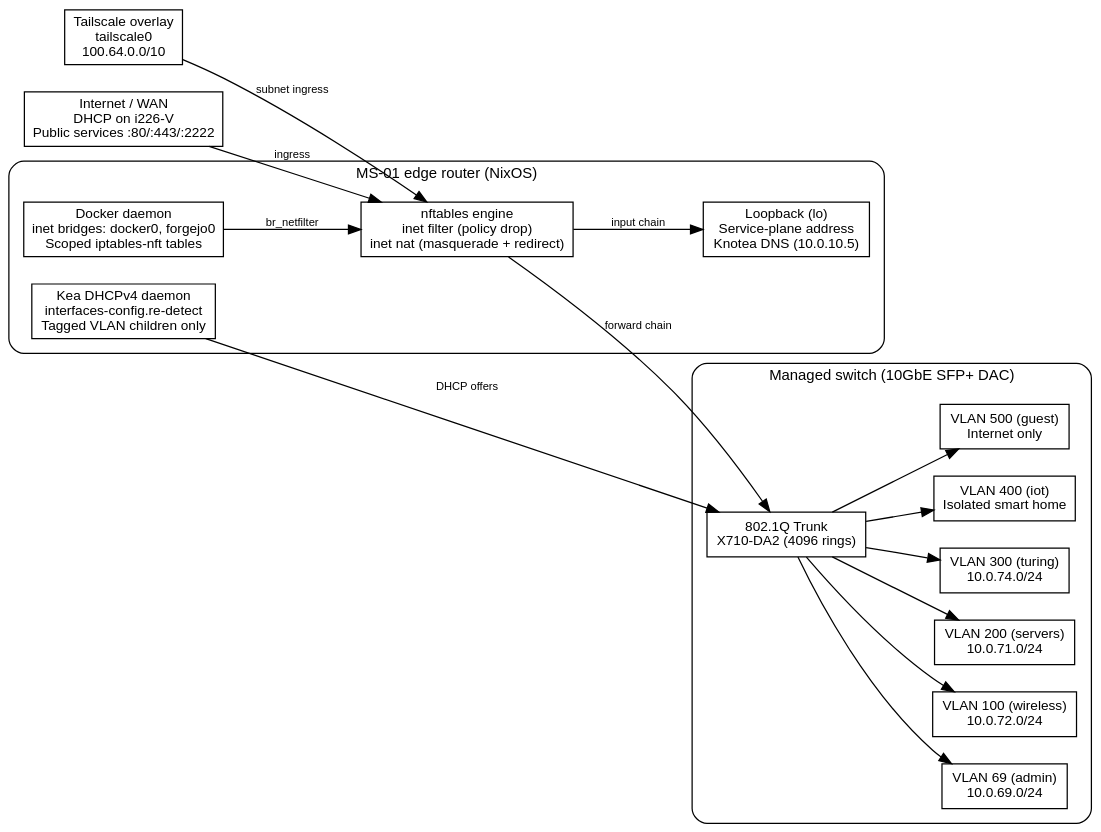
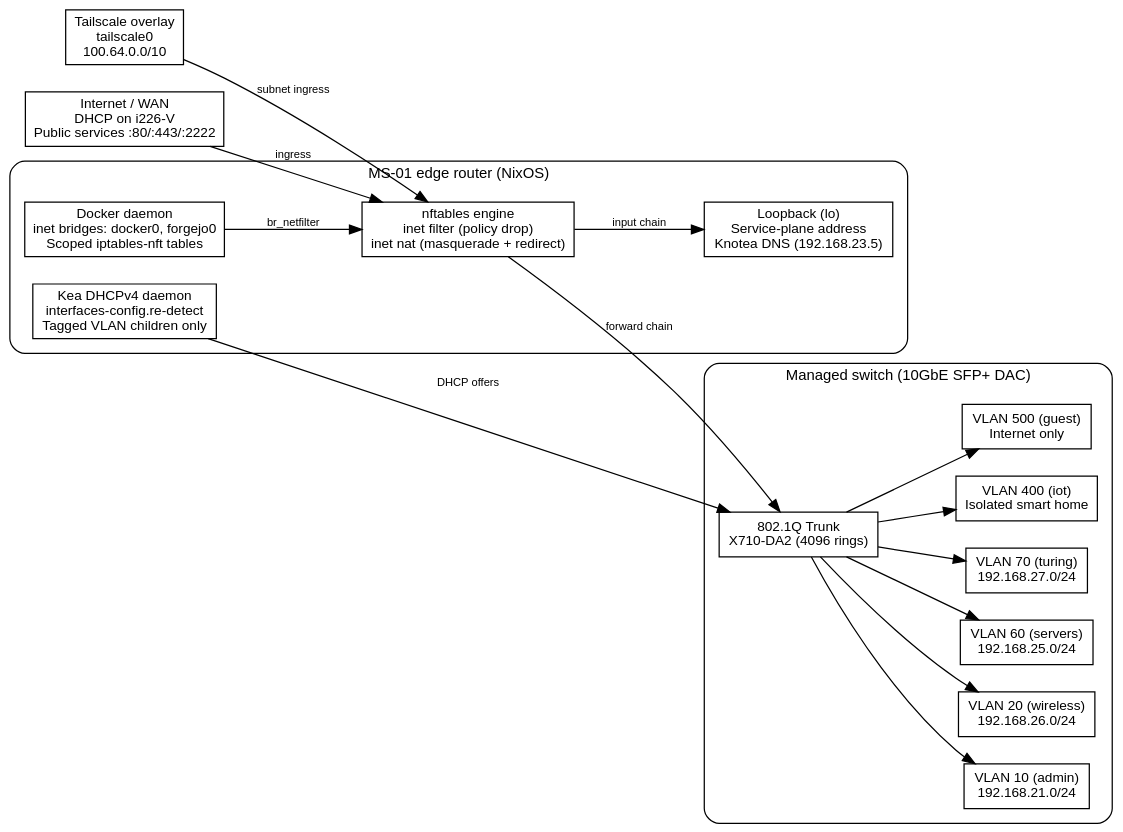
The first of 3 diagrams in src/content/docs/reference/nixos-router-network-design.mdx (erfianugrah/lexicanum), drawn with Graphviz before and after one commit. The commit also changed other lines of this file and 17 other files, not shown here.

````diff
--- a/src/content/docs/reference/nixos-router-network-design.mdx
+++ b/src/content/docs/reference/nixos-router-network-design.mdx
@@ -34,43 +34,43 @@
 ```dot
 digraph {
   rankdir=LR; bgcolor="transparent"; nodesep=0.3; ranksep=0.7;
   fontname="Helvetica,Arial,sans-serif";
   node [fontname="Helvetica,Arial,sans-serif", fontsize=11, shape=box];
   edge [fontname="Helvetica,Arial,sans-serif", fontsize=9];
 
   wan [label="Internet / WAN\nDHCP on i226-V\nPublic services :80/:443/:2222"];
   tailnet [label="Tailscale overlay\ntailscale0\n100.64.0.0/10"];
 
   subgraph cluster_router {
     label="MS-01 edge router (NixOS)"; style=rounded; fontsize=12; margin=12;
-    lo [label="Loopback (lo)\nService-plane address\nKnotea DNS (10.0.10.5)"];
+    lo [label="Loopback (lo)\nService-plane address\nKnotea DNS (192.168.23.5)"];
     nft [label="nftables engine\ninet filter (policy drop)\ninet nat (masquerade + redirect)"];
     kea [label="Kea DHCPv4 daemon\ninterfaces-config.re-detect\nTagged VLAN children only"];
     docker [label="Docker daemon\ninet bridges: docker0, forgejo0\nScoped iptables-nft tables"];
   }
 
   subgraph cluster_switch {
     label="Managed switch (10GbE SFP+ DAC)"; style=rounded; fontsize=12; margin=12;
     trunk [label="802.1Q Trunk\nX710-DA2 (4096 rings)"];
-    vlan_admin [label="VLAN 69 (admin)\n10.0.69.0/24"];
-    vlan_wifi [label="VLAN 100 (wireless)\n10.0.72.0/24"];
-    vlan_servers [label="VLAN 200 (servers)\n10.0.71.0/24"];
-    vlan_turing [label="VLAN 300 (turing)\n10.0.74.0/24"];
+    vlan_admin [label="VLAN 10 (admin)\n192.168.21.0/24"];
+    vlan_wifi [label="VLAN 20 (wireless)\n192.168.26.0/24"];
+    vlan_servers [label="VLAN 60 (servers)\n192.168.25.0/24"];
+    vlan_turing [label="VLAN 70 (turing)\n192.168.27.0/24"];
     vlan_iot [label="VLAN 400 (iot)\nIsolated smart home"];
     vlan_guest [label="VLAN 500 (guest)\nInternet only"];
   }
 
   wan -> nft [label="ingress"];
   tailnet -> nft [label="subnet ingress"];
   nft -> lo [label="input chain"];
   nft -> trunk [label="forward chain"];
   kea -> trunk [label="DHCP offers"];
   docker -> nft [label="br_netfilter"];
   trunk -> vlan_admin;
   trunk -> vlan_wifi;
   trunk -> vlan_servers;
   trunk -> vlan_turing;
   trunk -> vlan_iot;
   trunk -> vlan_guest;
 }
 ```
````
